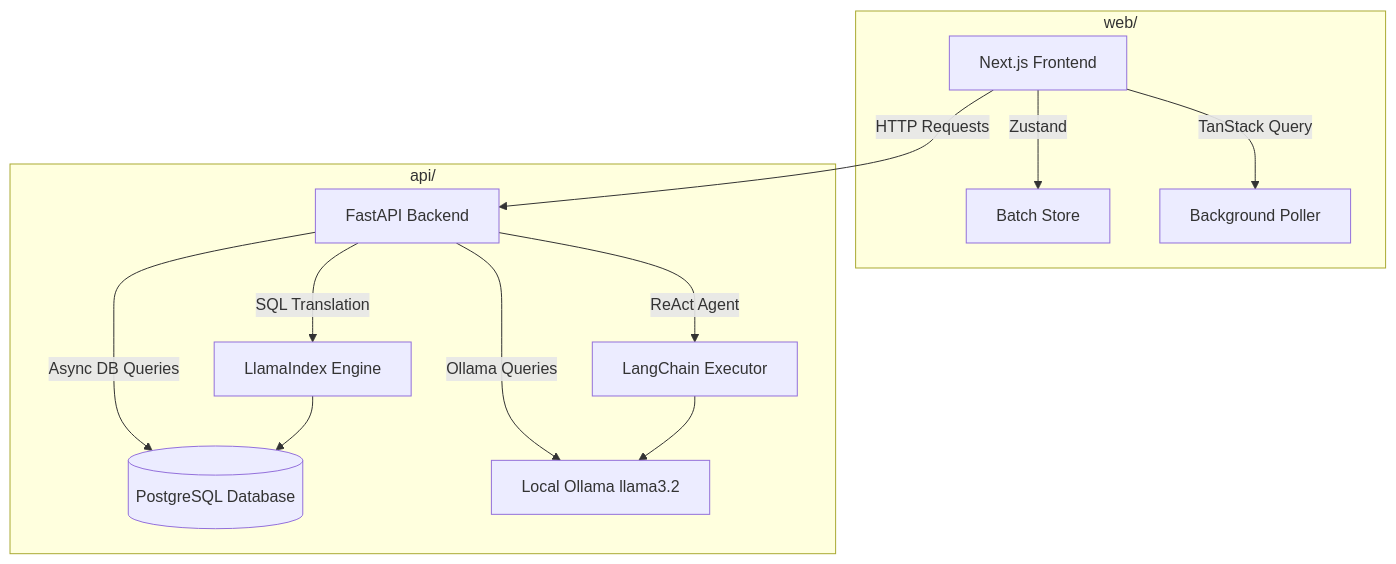
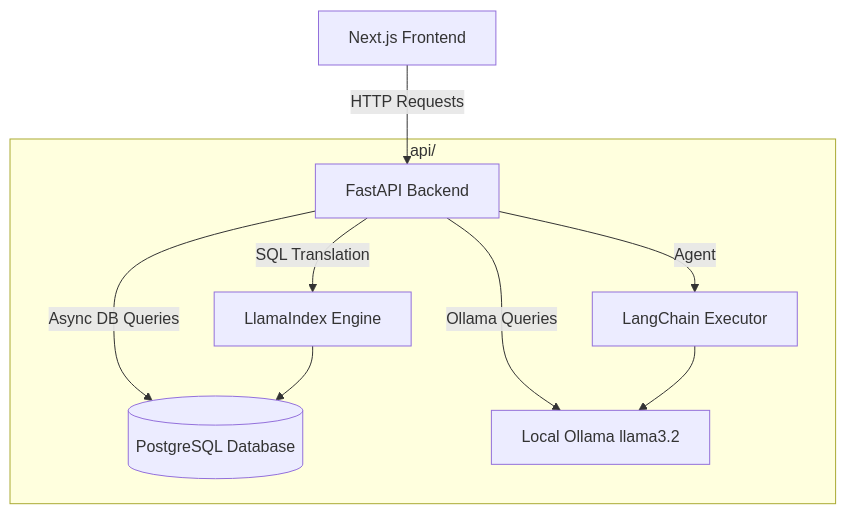
The diagram in README.md (radhofan/mekiki), drawn with Mermaid before and after one commit. The commit also changed other lines of this file, not shown here.

````diff
--- a/README.md
+++ b/README.md
@@ -25,18 +25,13 @@
 ```mermaid
 graph TD
     Client[Next.js Frontend] -->|HTTP Requests| API[FastAPI Backend]
     API -->|Async DB Queries| DB[(PostgreSQL Database)]
     API -->|Ollama Queries| LLM[Local Ollama llama3.2]
-    
-    subgraph Frontend [web/]
-        Client -->|Zustand| Store[Batch Store]
-        Client -->|TanStack Query| Poller[Background Poller]
-    end
 
     subgraph Backend [api/]
         API -->|SQL Translation| LlamaIndex[LlamaIndex Engine]
-        API -->|ReAct Agent| LangChain[LangChain Executor]
+        API -->|Agent| LangChain[LangChain Executor]
         LlamaIndex --> DB
         LangChain --> LLM
     end
 ```
````
